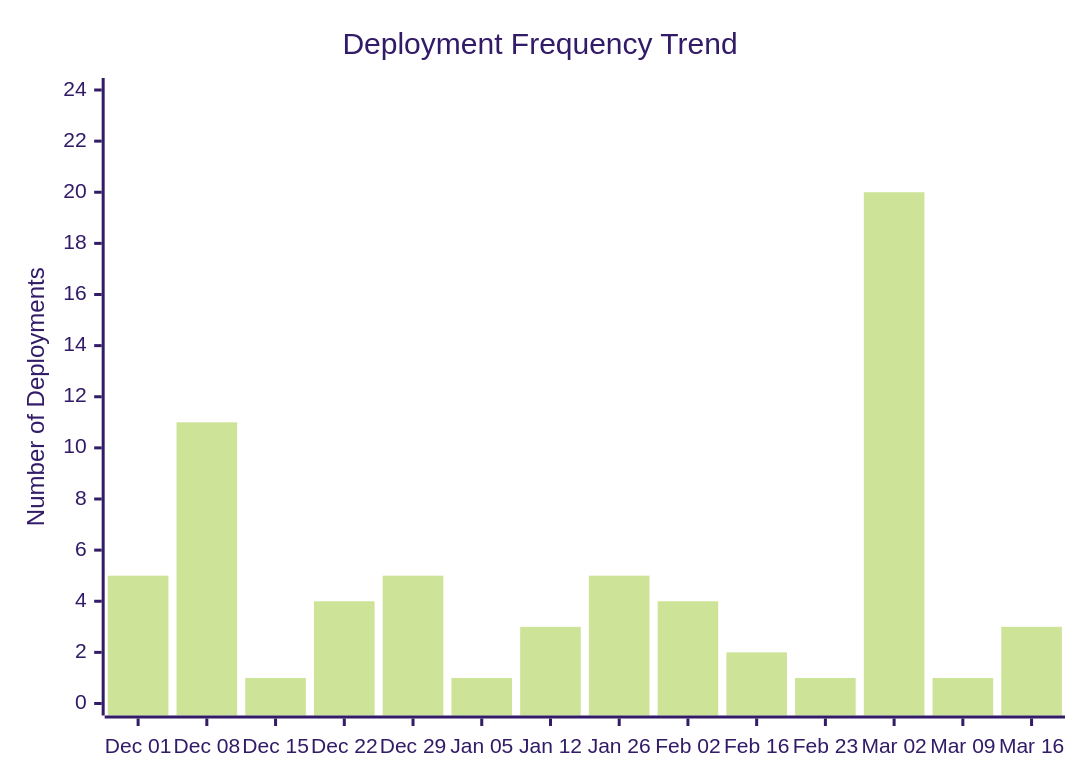
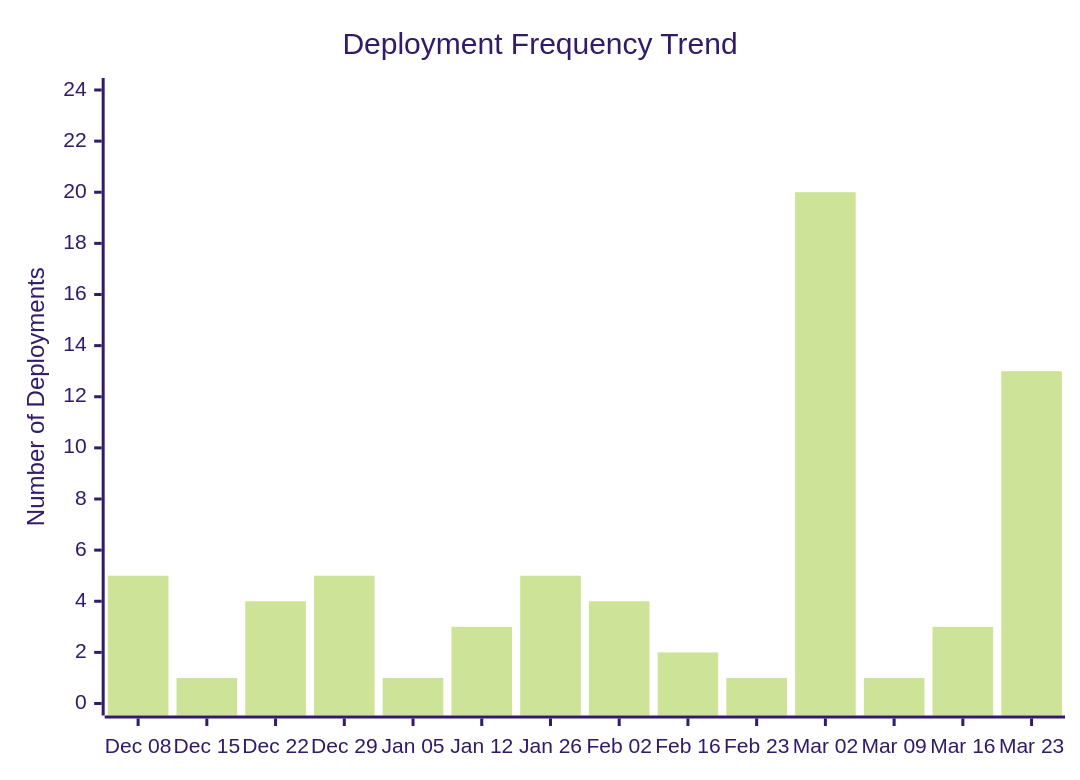
The third of 4 diagrams in docs/ci-cd/dora-summary.md (ukma-cs-ssdm-2025/rate-ukma), drawn with Mermaid (forest theme) before and after one commit. The commit also changed other lines of this file, not shown here.

````diff
--- a/docs/ci-cd/dora-summary.md
+++ b/docs/ci-cd/dora-summary.md
@@ -58,7 +57,7 @@
 ```mermaid
 xychart-beta
     title "Deployment Frequency Trend"
-    x-axis ["Dec 01", "Dec 08", "Dec 15", "Dec 22", "Dec 29", "Jan 05", "Jan 12", "Jan 26", "Feb 02", "Feb 16", "Feb 23", "Mar 02", "Mar 09", "Mar 16"]
+    x-axis ["Dec 08", "Dec 15", "Dec 22", "Dec 29", "Jan 05", "Jan 12", "Jan 26", "Feb 02", "Feb 16", "Feb 23", "Mar 02", "Mar 09", "Mar 16", "Mar 23"]
     y-axis "Number of Deployments" 0 --> 24
-    bar [5.00, 11.00, 1.00, 4.00, 5.00, 1.00, 3.00, 5.00, 4.00, 2.00, 1.00, 20.00, 1.00, 3.00]
+    bar [5.00, 1.00, 4.00, 5.00, 1.00, 3.00, 5.00, 4.00, 2.00, 1.00, 20.00, 1.00, 3.00, 13.00]
 ```
````
